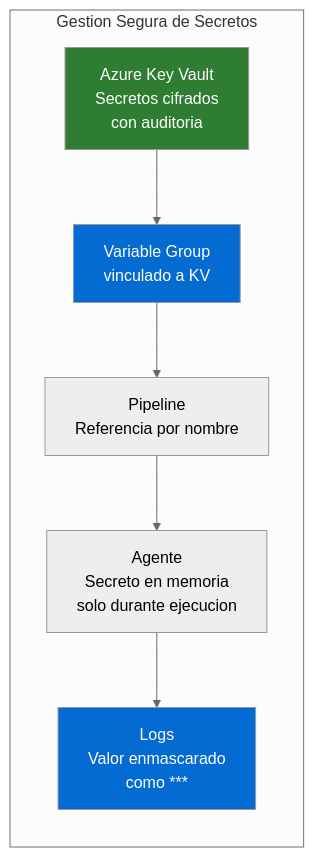
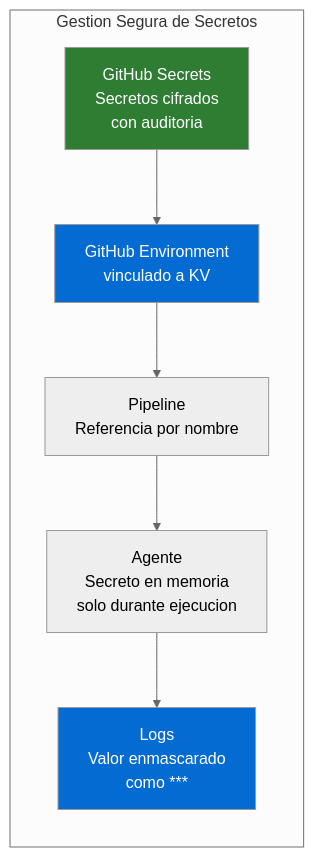
Before and after one commit to jhonsanchez/workshop-devsecops-pipelines: the fifth of 8 diagrams in docs/concepto03-secretos/index.md, drawn with Mermaid (neutral theme). The commit also changed other lines of this file and 6 other files, not shown here.

````diff
--- a/docs/concepto03-secretos/index.md
+++ b/docs/concepto03-secretos/index.md
@@ -215,13 +215,13 @@
 ```mermaid
 flowchart LR
     subgraph Correcto["Gestion Segura de Secretos"]
-        KV[Azure Key Vault<br/>Secretos cifrados<br/>con auditoria] --> VG[Variable Group<br/>vinculado a KV]
+        KV[GitHub Secrets<br/>Secretos cifrados<br/>con auditoria] --> VG[GitHub Environment<br/>vinculado a KV]
         VG --> P[Pipeline<br/>Referencia por nombre]
         P --> A[Agente<br/>Secreto en memoria<br/>solo durante ejecucion]
         A --> M[Logs<br/>Valor enmascarado<br/>como ***]
     end
 
     style KV fill:#2e7d32,color:#fff
     style VG fill:#046BD2,color:#fff
     style M fill:#046BD2,color:#fff
 ```
````
